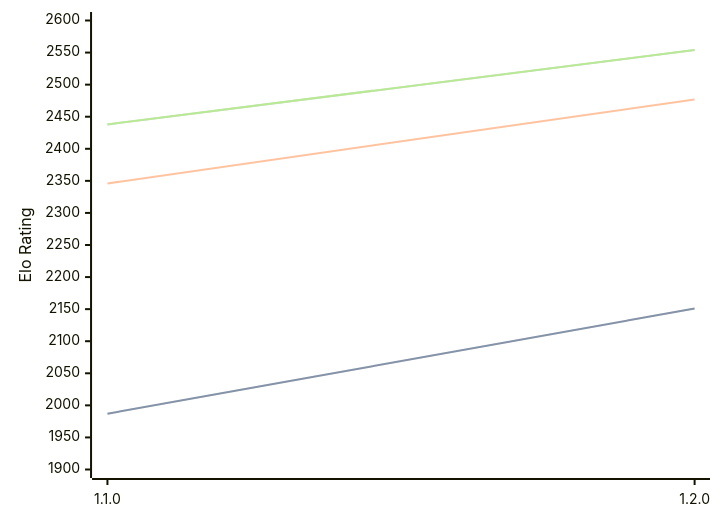
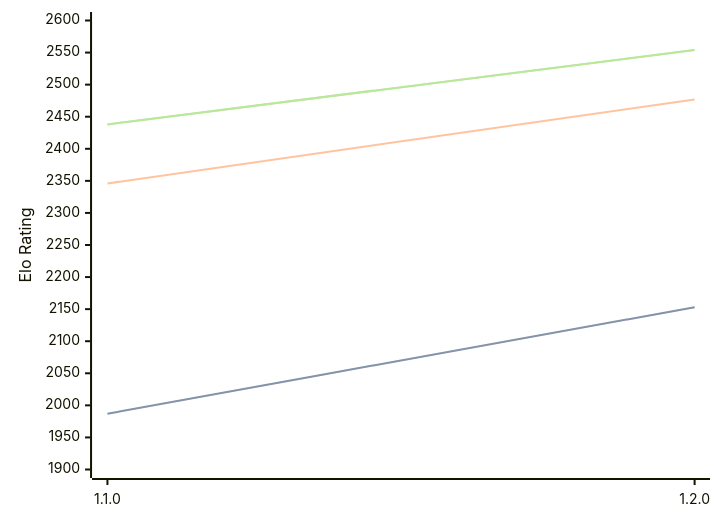
One commit to computer-chess-index/cci changed the diagram in engines/Gyatso.md. Above: the diagram before and after it, drawn with Mermaid. The commit also changed other lines of this file, not shown here.

Commit message:
Update CCI Ratings (ELO VLTC) - 2026-03-26

````diff
--- a/engines/Gyatso.md
+++ b/engines/Gyatso.md
@@ -33,11 +33,11 @@
 ```mermaid
 %%{init: {"theme":"base","themeVariables":{"seriesColors:['#a3a3a3','#222221','#faa371']}}}%%
 xychart-beta
   x-axis ["1.1.0", "1.2.0"]
   y-axis "Elo Rating" 1900 --> 2600
-  line "STC (8.0+0.08s)" [1987, 2151]
-  line "STC (8.0+0.08s)" [1987, 2151]
+  line "STC (8.0+0.08s)" [1987, 2153]
+  line "STC (8.0+0.08s)" [1987, 2153]
   line "LTC (60.0+0.60s)" [2346, 2477]
   line "VLTC (2m24s+1.12s)" [2438, 2554]
   line "VLTC (2m24s+1.12s)" [2438, 2554]
 ```
````
